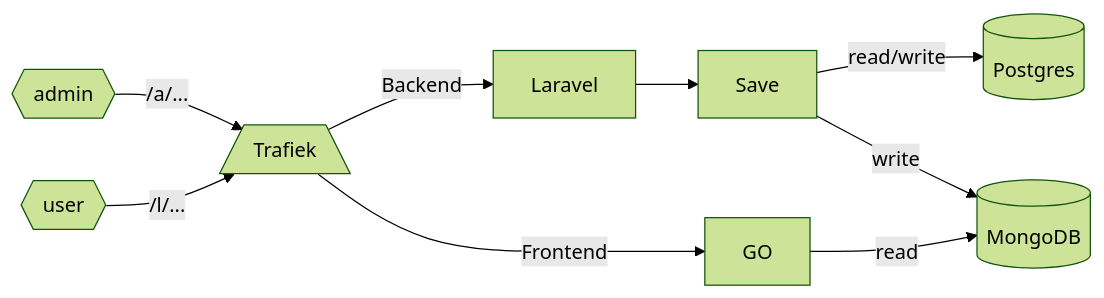
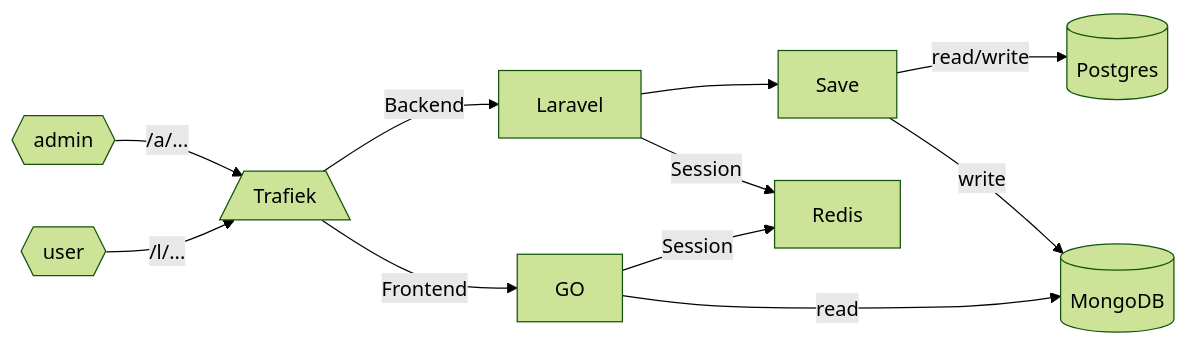
Before and after one commit to MonkoftheFunk/Job-Post: the diagram in README.md, drawn with Mermaid (forest theme). The commit also changed other lines of this file, not shown here.

Commit message:
update flowchart to README.md

````diff
--- a/README.md
+++ b/README.md
@@ -41,10 +41,12 @@
 ```mermaid
 flowchart LR
     admin{{admin}}-->|"/a/..."|Trafiek
     Trafiek-->|"Backend"|Laravel
     Laravel-->Save
+    Laravel-->|"Session"|Redis
     Save-->|"read/write"|Postgres[(Postgres)]
     Save-->|"write"|MongoDB[(MongoDB)]
     user{{user}}-->|"/l/..."|Trafiek[/Trafiek\]
     Trafiek-->|"Frontend"|GO-->|"read"|MongoDB[(MongoDB)]
+    GO-->|"Session"|Redis
 ```
````
